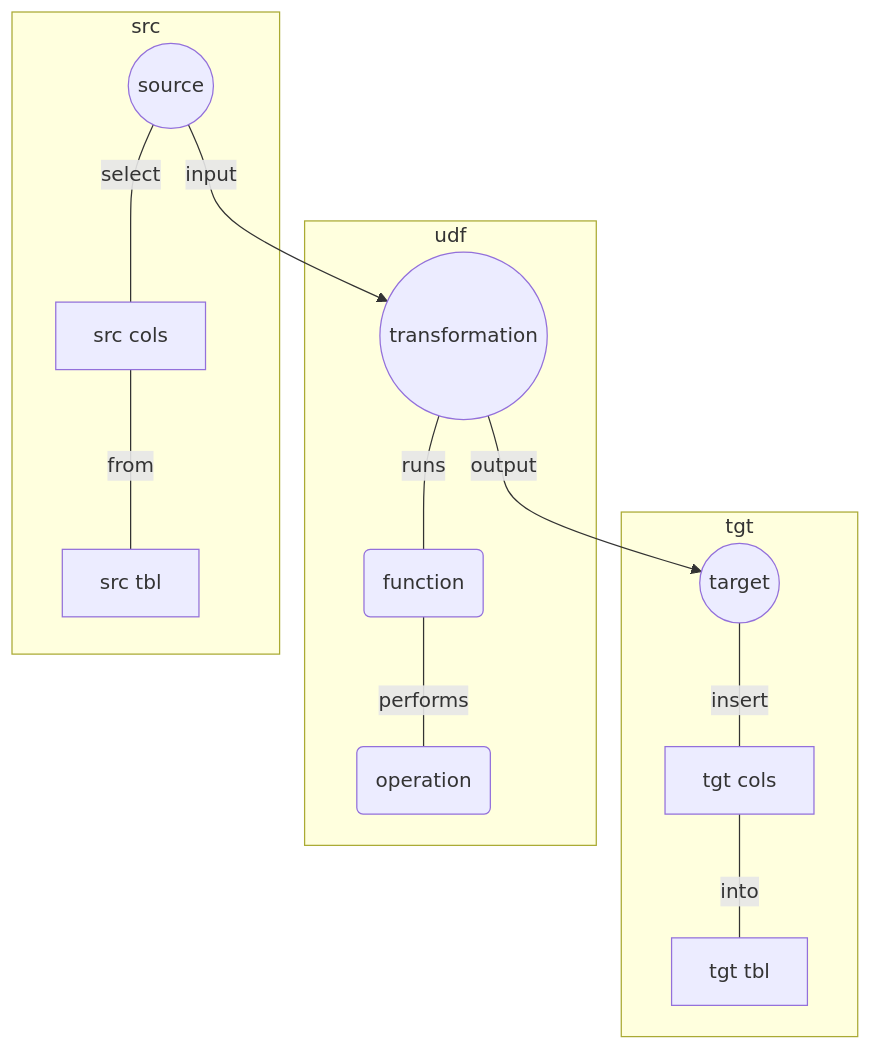
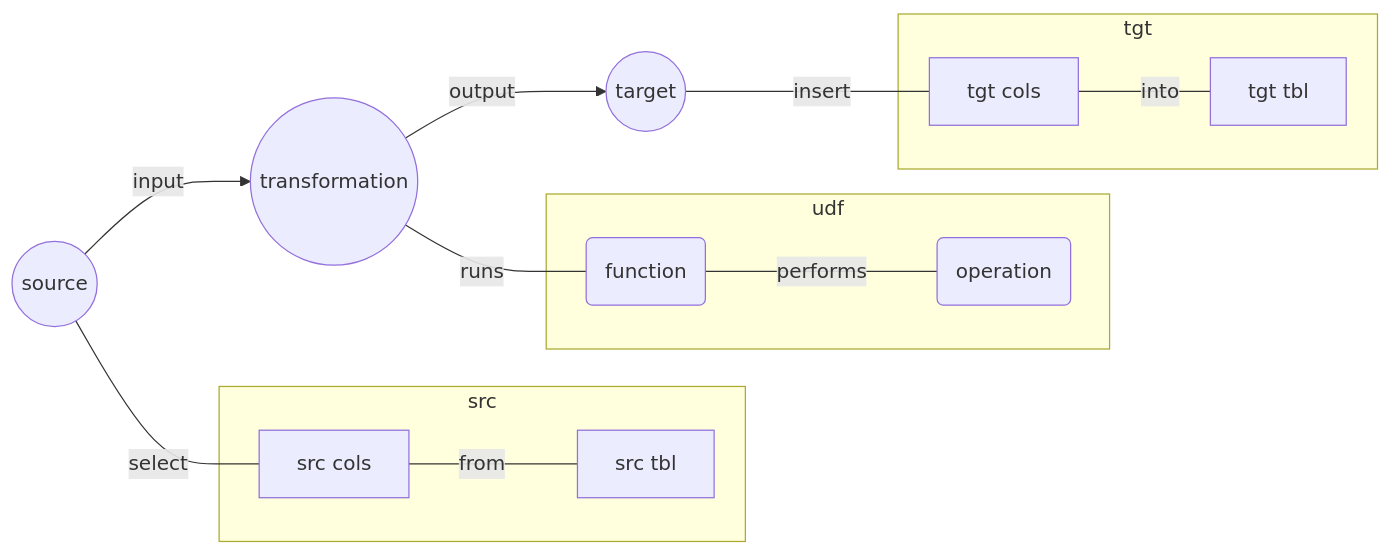
Before and after one commit to Heinzad/heinzad.github.io: the first of 3 diagrams in _posts/2022-11-02-column-transformations-with-t-sql.md, drawn with Mermaid.

````diff
--- a/_posts/2022-11-02-column-transformations-with-t-sql.md
+++ b/_posts/2022-11-02-column-transformations-with-t-sql.md
@@ -33,17 +33,23 @@
 ```mermaid 
-graph TD; 
-S((source)) -- input --> X((transformation))  
+graph LR; 
+S((source)) -- input --> X((transformation)) 
+S -- select --- SC[src cols] 
+SC -- from --- ST[src tbl]   
 X -- output --> T((target)) 
-subgraph tgt 
+X -- runs --- XF(function) 
+XF -- performs --- XO(operation) 
 T -- insert --- TC[tgt cols]  
-TC -- into --- TT[tgt tbl] 
+TC -- into --- TT[tgt tbl]
+subgraph src 
+SC
+ST
 end 
 subgraph udf 
-X -- runs --- XF(function) 
-XF -- performs --- XO(operation) 
-end 
-subgraph src 
-S -- select --- SC[src cols] 
-SC -- from --- ST[src tbl] 
+XF 
+XO
+end
+subgraph tgt 
+TC
+TT 
 end 
 ``` 
````
